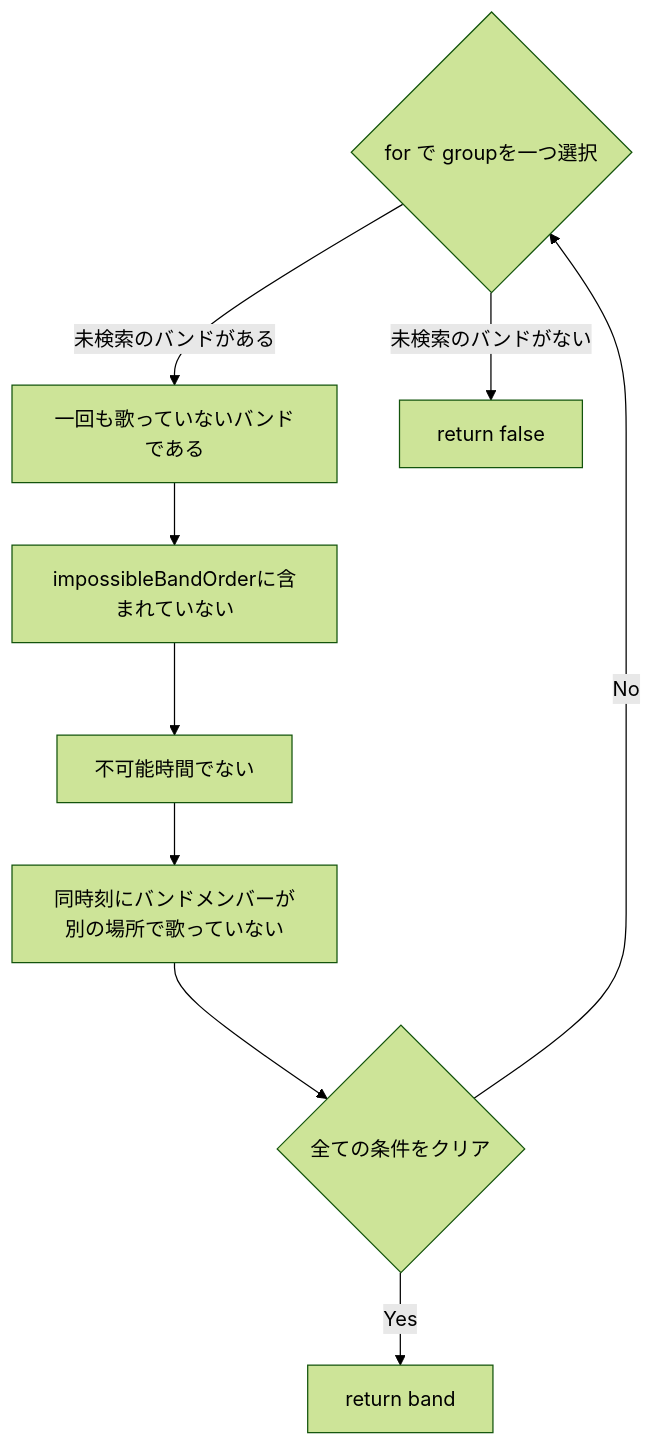
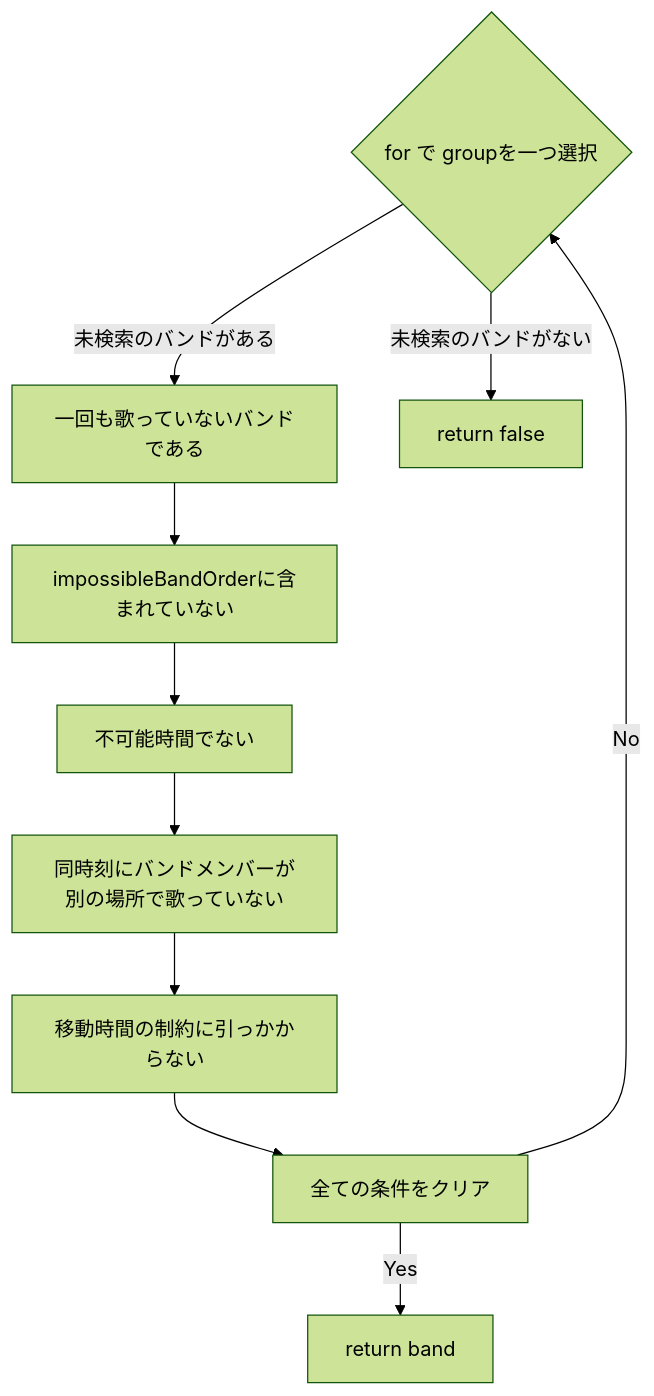
Before and after one commit to tekonfo/scheduleDefine: the second of 2 diagrams in README.md, drawn with Mermaid (forest theme). The commit also changed other lines of this file and 1 other file, not shown here.

````diff
--- a/README.md
+++ b/README.md
@@ -114,11 +119,12 @@
 ```mermaid
 graph TD
 Y{for で groupを一つ選択} --> |未検索のバンドがある| A[一回も歌っていないバンドである]
 Y --> |未検索のバンドがない| Z[return false]
 A --> B[impossibleBandOrderに含まれていない]
 B --> C[不可能時間でない]
 C --> D[同時刻にバンドメンバーが別の場所で歌っていない]
 D --> E[移動時間の制約に引っかからない]
-E{全ての条件をクリア} --> |Yes| F[return band]
-E --> |No| Y
+E --> EE[全ての条件をクリア]
+EE --> |Yes| F[return band]
+EE --> |No| Y
 ```
````
